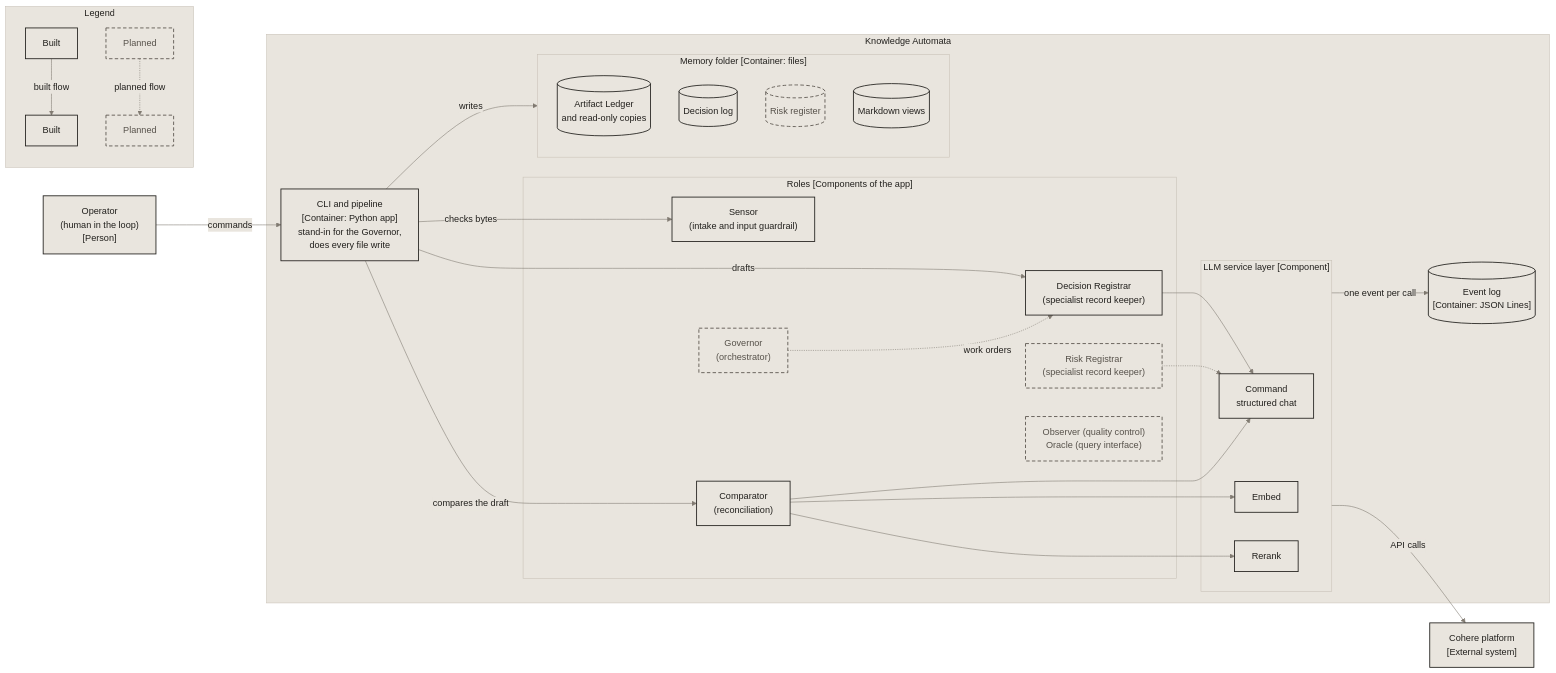
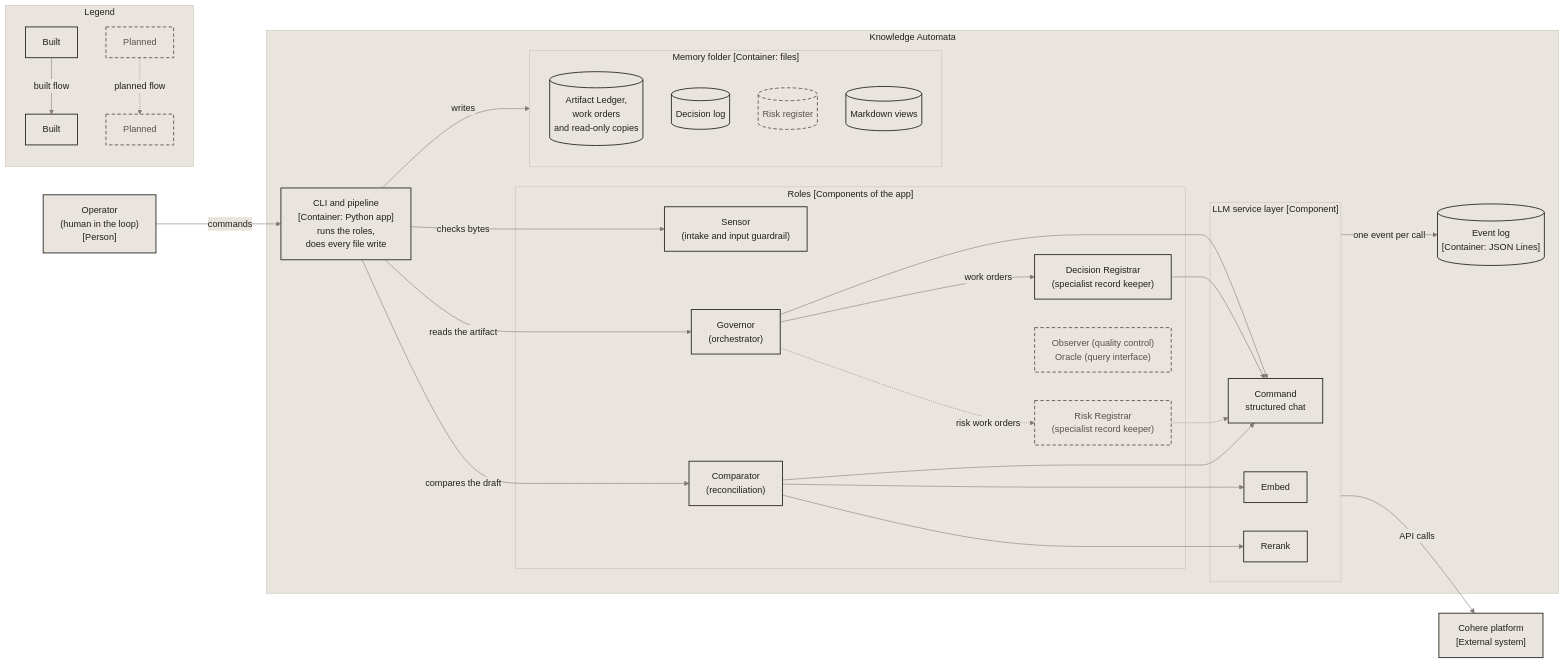
Before and after one commit to miguelmog10/knowledge-automata: the diagram in docs/diagrams/02-containers.md, drawn with Mermaid. The commit also changed other lines of this file and 82 other files, not shown here.

Commit message:
feat: add the Governor (orchestrator) (handoff 007) (#15)

```diff
--- a/docs/diagrams/02-containers.md
+++ b/docs/diagrams/02-containers.md
@@ -46,17 +46,17 @@
   classDef planned fill:#e9e5de,stroke:#57524b,stroke-width:1.5px,stroke-dasharray:6 4,color:#57524b
   classDef focus fill:#e9e5de,stroke:#9c4426,stroke-width:3px,color:#22201d
   accTitle: Knowledge Automata containers
-  accDescr: Knowledge Automata is one Python command-line app plus two file stores. Inside the app, a pipeline stand-in for the Governor runs the Sensor, the Decision Registrar and the Comparator, and does every file write to the memory folder. Every model call goes through the LLM service layer to Cohere and is logged to the event log. The Governor, Risk Registrar, Observer and Oracle are planned.
+  accDescr: Knowledge Automata is one Python command-line app plus two file stores. Inside the app, the pipeline runs the Sensor, then the Governor, which writes one work order per item, then the Decision Registrar and the Comparator for each work order, and does every file write to the memory folder. Every model call goes through the LLM service layer to Cohere and is logged to the event log. The Risk Registrar, Observer and Oracle are planned; risk work orders wait, not routed.
 
   operator["Operator<br/>(human in the loop)<br/>[Person]"]:::built
 
   subgraph ka["Knowledge Automata"]
-    pipeline["CLI and pipeline<br/>[Container: Python app]<br/>stand-in for the Governor,<br/>does every file write"]:::built
+    pipeline["CLI and pipeline<br/>[Container: Python app]<br/>runs the roles,<br/>does every file write"]:::built
     subgraph roles["Roles [Components of the app]"]
       sensor["Sensor<br/>(intake and input guardrail)"]:::built
       decision["Decision Registrar<br/>(specialist record keeper)"]:::built
       risk["Risk Registrar<br/>(specialist record keeper)"]:::planned
-      governor["Governor<br/>(orchestrator)"]:::planned
+      governor["Governor<br/>(orchestrator)"]:::built
       comparator["Comparator<br/>(reconciliation)"]:::built
       observer["Observer (quality control)<br/>Oracle (query interface)"]:::planned
     end
@@ -66,7 +66,7 @@
       rerank["Rerank"]:::built
     end
     subgraph memory["Memory folder [Container: files]"]
-      ledger[("Artifact Ledger<br/>and read-only copies")]:::built
+      ledger[("Artifact Ledger,<br/>work orders<br/>and read-only copies")]:::built
       declog[("Decision log")]:::built
       risklog[("Risk register")]:::planned
       views[("Markdown views")]:::built
@@ -78,10 +78,12 @@
 
   operator -- "commands" --> pipeline
   pipeline -- "checks bytes" --> sensor
-  pipeline -- "drafts" --> decision
+  pipeline -- "reads the artifact" --> governor
   pipeline -- "compares the draft" --> comparator
   pipeline -- "writes" --> memory
-  governor -. "work orders" .-> decision
+  governor -- "work orders" --> decision
+  governor -. "risk work orders" .-> risk
+  governor --> command
   decision --> command
   risk -.-> command
   comparator --> embed
```
